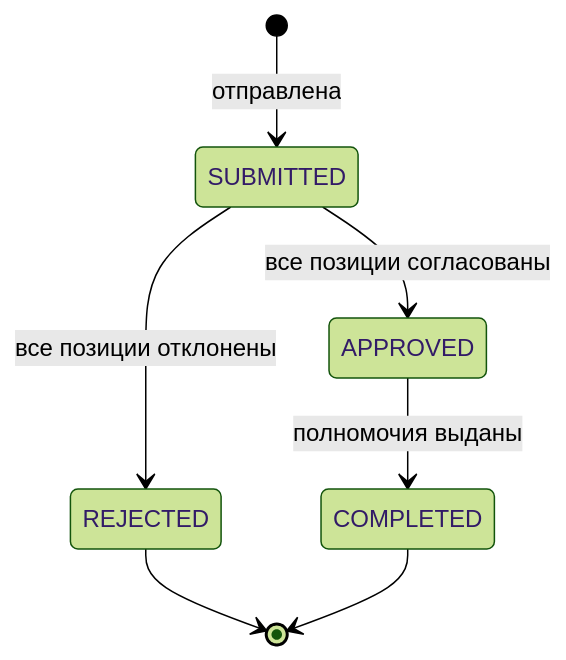
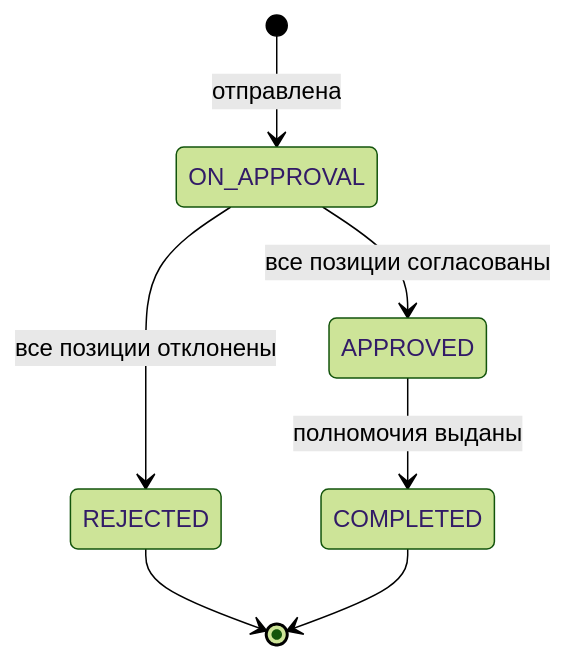
One commit to branch-danya-dev/case_portfolio changed the first of 4 diagrams in src/content/docs/diagram-howto/state.mdx. Above: the diagram before and after it, drawn with Mermaid (forest theme). The commit also changed other lines of this file and 16 other files, not shown here.

````diff
--- a/src/content/docs/diagram-howto/state.mdx
+++ b/src/content/docs/diagram-howto/state.mdx
@@ -36,9 +36,9 @@
 ```mermaid title="Минимальная статусная модель"
 stateDiagram-v2
-    [*] --> SUBMITTED: отправлена
-    SUBMITTED --> APPROVED: все позиции согласованы
-    SUBMITTED --> REJECTED: все позиции отклонены
+    [*] --> ON_APPROVAL: отправлена
+    ON_APPROVAL --> APPROVED: все позиции согласованы
+    ON_APPROVAL --> REJECTED: все позиции отклонены
     APPROVED --> COMPLETED: полномочия выданы
     REJECTED --> [*]
     COMPLETED --> [*]
 ```
````
